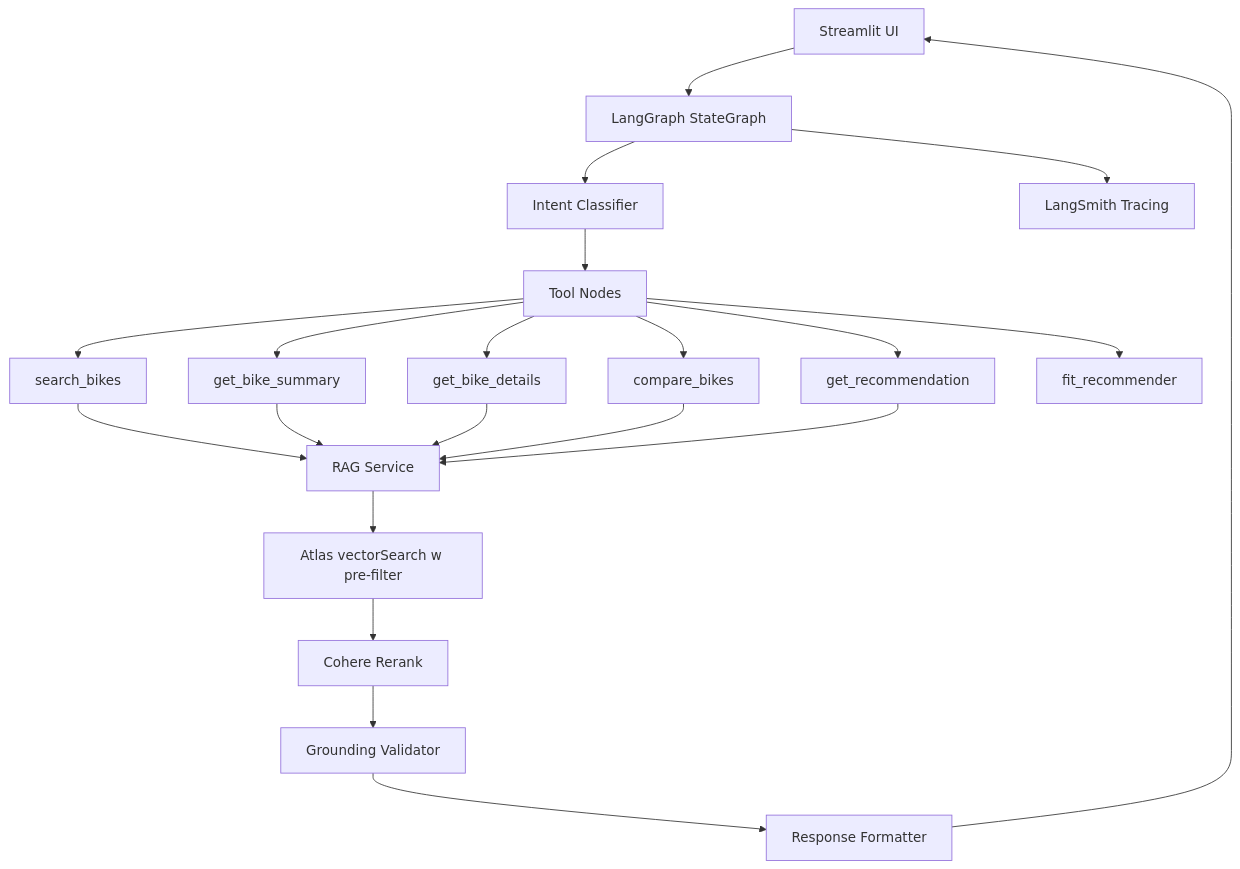
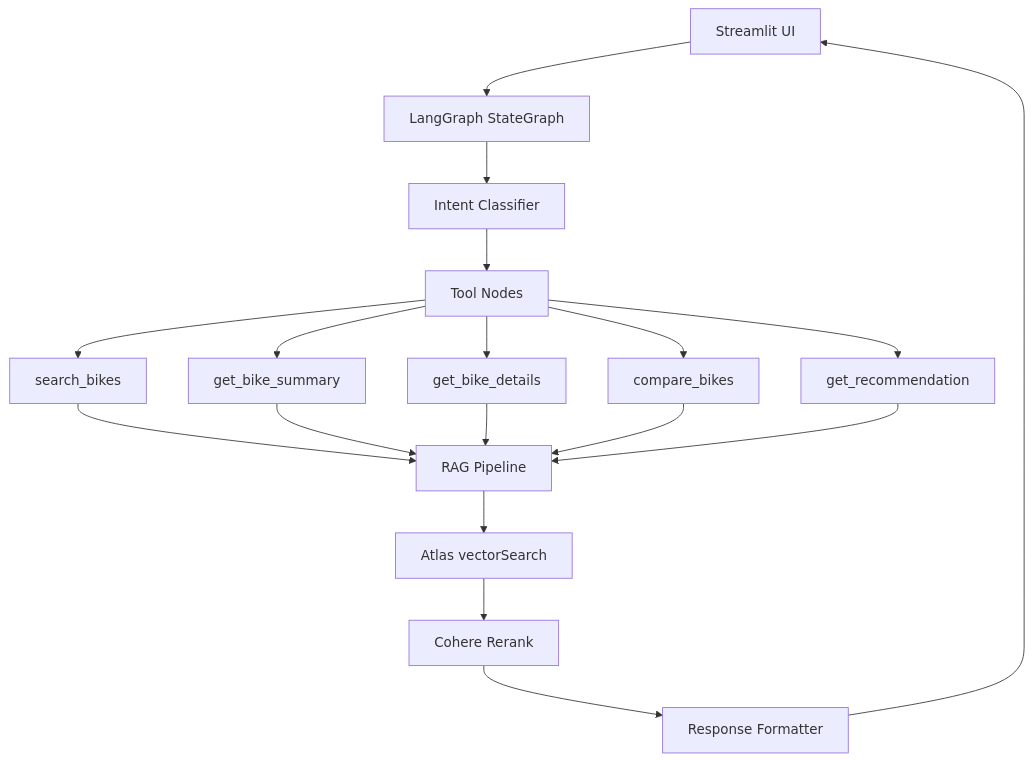
One commit to LucasO21/ai_portfolio_projects changed the diagram in PLAN.md. Above: the diagram before and after it, drawn with Mermaid. The commit also changed other lines of this file and 5 other files, not shown here.

````diff
--- a/PLAN.md
+++ b/PLAN.md
@@ -125,23 +101,20 @@
 ```mermaid
 flowchart TB
     UI[Streamlit UI] --> Agent[LangGraph StateGraph]
     Agent --> Classify[Intent Classifier]
     Classify --> Tools[Tool Nodes]
     Tools --> Search[search_bikes]
     Tools --> Summary[get_bike_summary]
     Tools --> Details[get_bike_details]
     Tools --> Compare[compare_bikes]
     Tools --> Recommend[get_recommendation]
-    Tools --> Fit[fit_recommender]
-    Search --> RAG[RAG Service]
+    Search --> RAG[RAG Pipeline]
     Summary --> RAG
     Details --> RAG
     Compare --> RAG
     Recommend --> RAG
-    RAG --> Retriever["Atlas vectorSearch w pre-filter"]
+    RAG --> Retriever["Atlas vectorSearch"]
     Retriever --> Rerank[Cohere Rerank]
-    Rerank --> Validate[Grounding Validator]
-    Validate --> Format[Response Formatter]
+    Rerank --> Format[Response Formatter]
     Format --> UI
-    Agent --> Trace[LangSmith Tracing]
 ```
````
